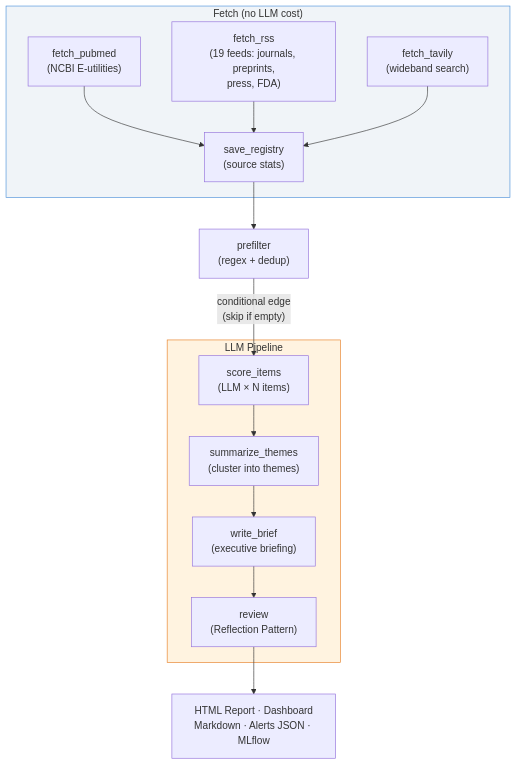
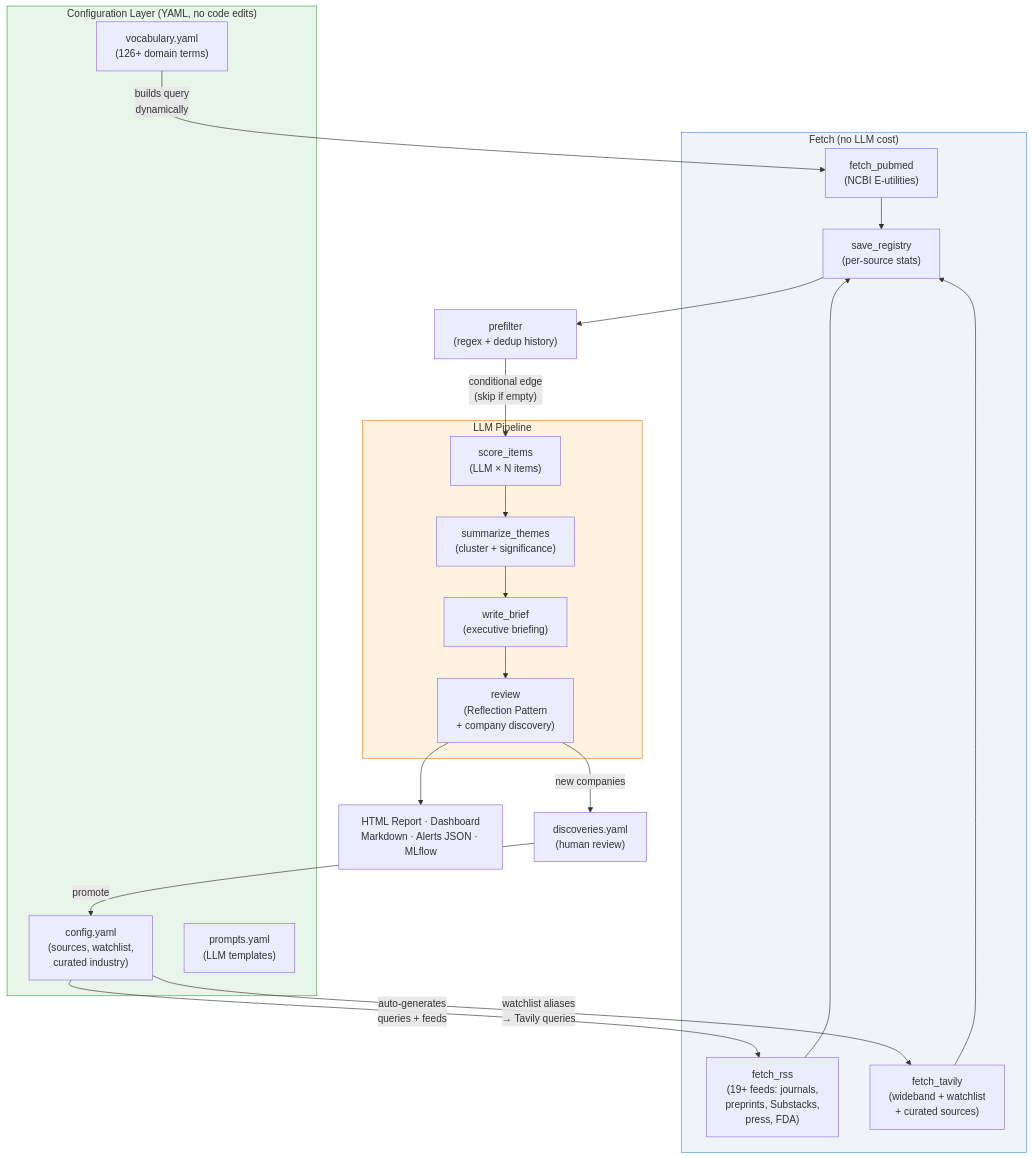
Before and after one commit to kgrajski/neurotech_newshound: the first of 2 diagrams in README.md, drawn with Mermaid. The commit also changed other lines of this file and 5 other files, not shown here.

First line of the commit message:
Phase 8: Historical backfill, updated architecture diagrams

````diff
--- a/README.md
+++ b/README.md
@@ -54,23 +59,37 @@
 ```mermaid
 flowchart TD
-    subgraph fetch ["Fetch (no LLM cost)"]
-        A["fetch_pubmed<br>(NCBI E-utilities)"] --> D["save_registry<br>(source stats)"]
-        B["fetch_rss<br>(19 feeds: journals, preprints,<br>press, FDA)"] --> D
-        C["fetch_tavily<br>(wideband search)"] --> D
+    subgraph config ["Configuration Layer (YAML, no code edits)"]
+        V["vocabulary.yaml<br>(126+ domain terms)"]
+        W["config.yaml<br>(sources, watchlist,<br>curated industry)"]
+        P["prompts.yaml<br>(LLM templates)"]
     end
 
-    D --> E["prefilter<br>(regex + dedup)"]
+    V -->|"builds query<br>dynamically"| A
+    W -->|"auto-generates<br>queries + feeds"| B
+    W -->|"watchlist aliases<br>→ Tavily queries"| C
+
+    subgraph fetch ["Fetch (no LLM cost)"]
+        A["fetch_pubmed<br>(NCBI E-utilities)"] --> D["save_registry<br>(per-source stats)"]
+        B["fetch_rss<br>(19+ feeds: journals,<br>preprints, Substacks,<br>press, FDA)"] --> D
+        C["fetch_tavily<br>(wideband + watchlist<br>+ curated sources)"] --> D
+    end
+
+    D --> E["prefilter<br>(regex + dedup history)"]
 
     E -->|"conditional edge<br>(skip if empty)"| F
 
     subgraph llm ["LLM Pipeline"]
-        F["score_items<br>(LLM × N items)"] --> G["summarize_themes<br>(cluster into themes)"]
+        F["score_items<br>(LLM × N items)"] --> G["summarize_themes<br>(cluster + significance)"]
         G --> H["write_brief<br>(executive briefing)"]
-        H --> I["review<br>(Reflection Pattern)"]
+        H --> I["review<br>(Reflection Pattern<br>+ company discovery)"]
     end
 
     I --> J["HTML Report · Dashboard<br>Markdown · Alerts JSON · MLflow"]
 
+    I -->|"new companies"| K["discoveries.yaml<br>(human review)"]
+    K -->|"promote"| W
+
+    style config fill:#e8f5e9,stroke:#43a047
     style fetch fill:#f0f4f8,stroke:#4a90d9
     style llm fill:#fff3e0,stroke:#e67e22
 ```
````
